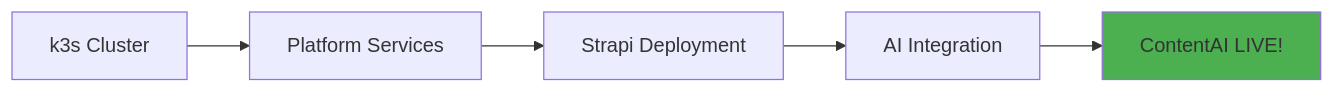
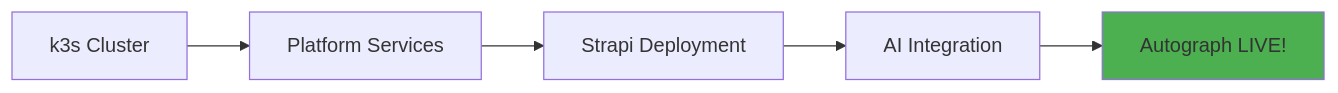
Before and after one commit to PearlThoughtsInternship/Internship-Obsidian-Vault: the eighth of 11 diagrams in DevOps/02-Engineering/01-Architecture.md, drawn with Mermaid. The commit also changed other lines of this file and 8 other files, not shown here.

First line of the commit message:
rebrand: Complete ContentAI → Autograph rename across all docs

````diff
--- a/DevOps/02-Engineering/01-Architecture.md
+++ b/DevOps/02-Engineering/01-Architecture.md
@@ -375,9 +375,9 @@
 ```mermaid
 flowchart LR
     T5["k3s Cluster"] --> T6["Platform Services"]
     T6 --> T7["Strapi Deployment"]
     T7 --> T8["AI Integration"]
-    T8 --> T9["ContentAI LIVE!"]
+    T8 --> T9["Autograph LIVE!"]
 
     style T9 fill:#4CAF50
 ```
````
